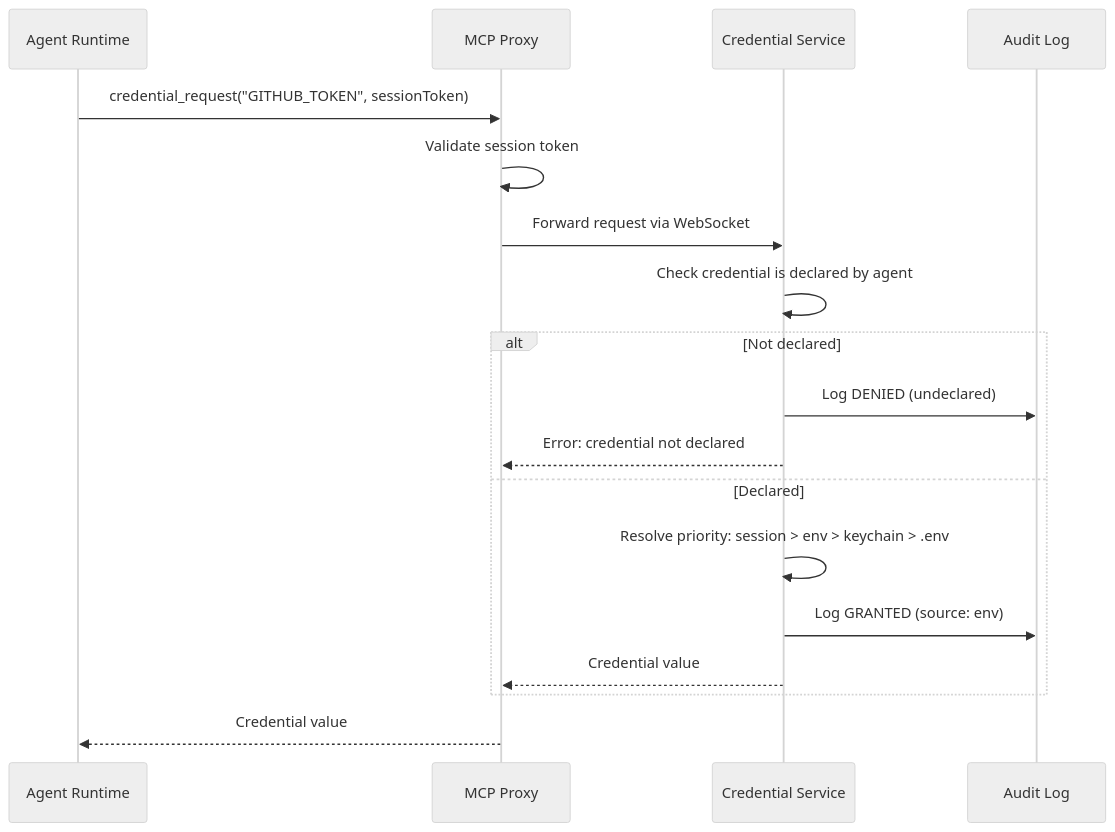
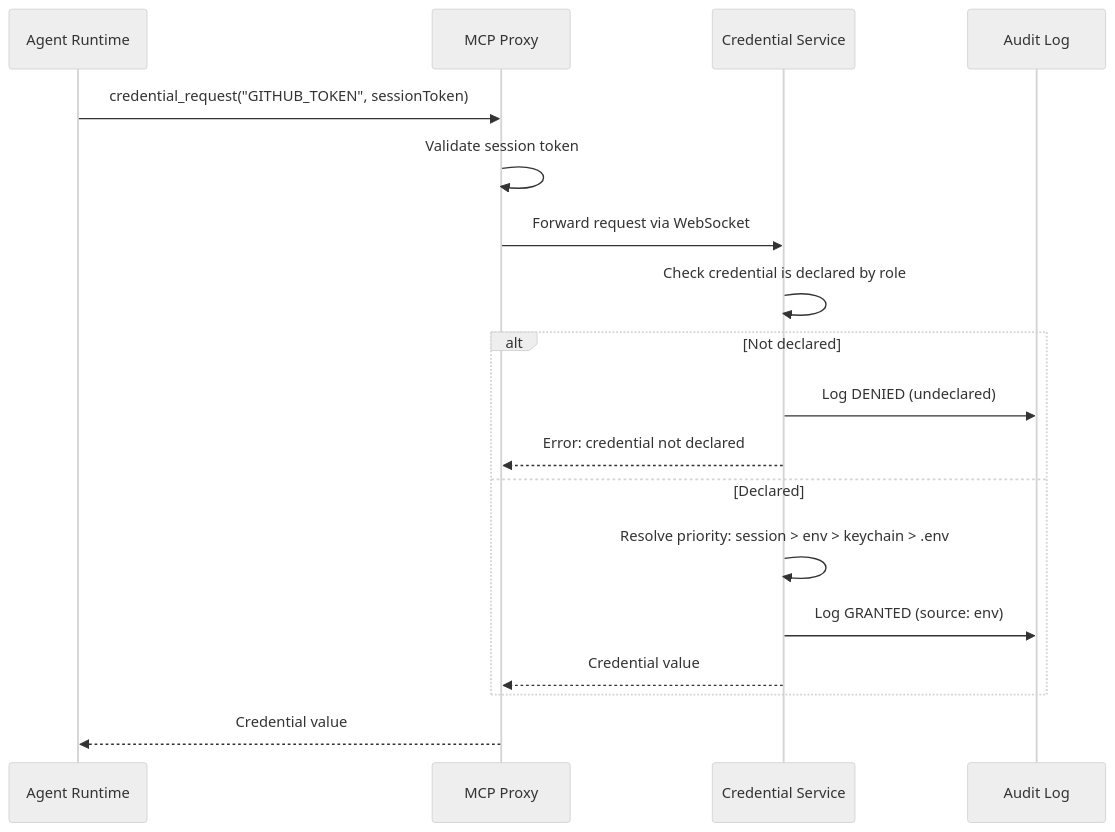
Before and after one commit to clawmasons/mason: the fourth of 5 diagrams in docs/architecture.md, drawn with Mermaid (neutral theme). The commit also changed other lines of this file and 188 other files, not shown here.

````diff
--- a/docs/architecture.md
+++ b/docs/architecture.md
@@ -96,24 +96,24 @@
 ```mermaid
 sequenceDiagram
     participant Agent as Agent Runtime
     participant Proxy as MCP Proxy
     participant CS as Credential Service
     participant Audit as Audit Log
 
     Agent->>Proxy: credential_request("GITHUB_TOKEN", sessionToken)
     Proxy->>Proxy: Validate session token
     Proxy->>CS: Forward request via WebSocket
 
-    CS->>CS: Check credential is declared by agent
+    CS->>CS: Check credential is declared by role
 
     alt Not declared
         CS->>Audit: Log DENIED (undeclared)
         CS-->>Proxy: Error: credential not declared
     else Declared
         CS->>CS: Resolve priority: session > env > keychain > .env
         CS->>Audit: Log GRANTED (source: env)
         CS-->>Proxy: Credential value
     end
 
     Proxy-->>Agent: Credential value
 ```
````
